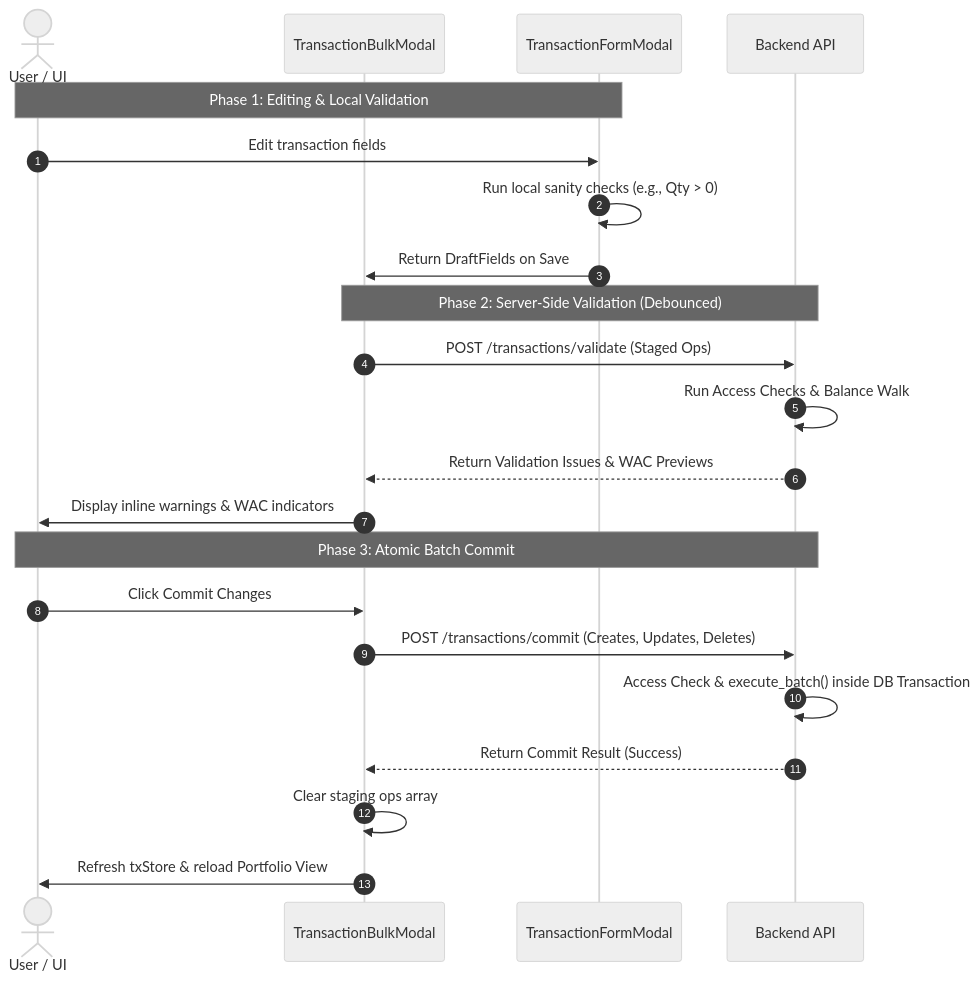
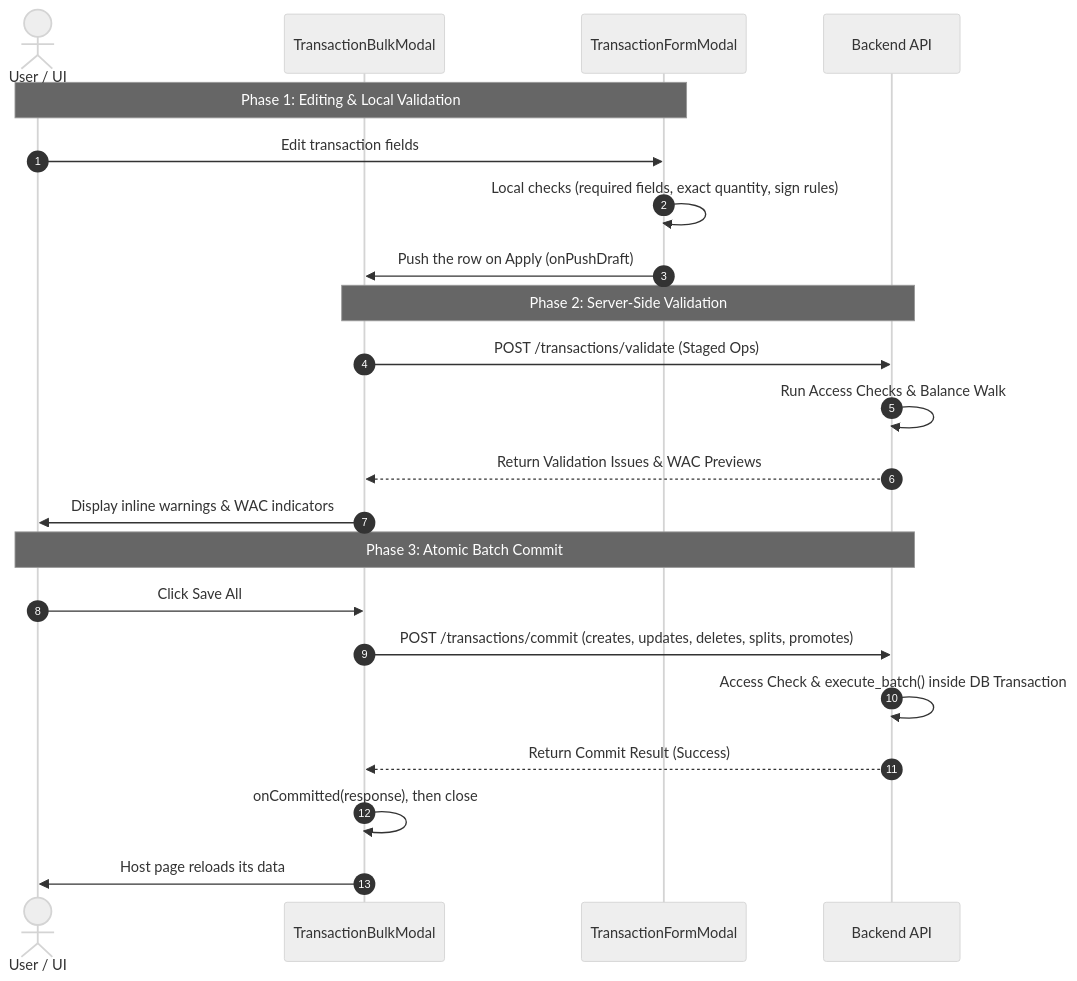
The second of 2 diagrams in mkdocs_src/docs/developer/frontend/state/transaction-draft.md (Librefolio/LibreFolio), drawn with Mermaid (neutral theme) before and after one commit. The commit also changed other lines of this file and 48 other files, not shown here.

````diff
--- a/mkdocs_src/docs/developer/frontend/state/transaction-draft.md
+++ b/mkdocs_src/docs/developer/frontend/state/transaction-draft.md
@@ -115,30 +123,30 @@
 ```mermaid
 sequenceDiagram
     autonumber
     actor User as User / UI
     participant BulkModal as TransactionBulkModal
     participant FormModal as TransactionFormModal
     participant Backend as Backend API
 
     %% Phase 1: Local & Staging Validation
     Note over User, FormModal: Phase 1: Editing & Local Validation
     User->>FormModal: Edit transaction fields
-    FormModal->>FormModal: Run local sanity checks (e.g., Qty > 0)
-    FormModal->>BulkModal: Return DraftFields on Save
+    FormModal->>FormModal: Local checks (required fields, exact quantity, sign rules)
+    FormModal->>BulkModal: Push the row on Apply (onPushDraft)
 
     %% Phase 2: Server-Side Validation
-    Note over BulkModal, Backend: Phase 2: Server-Side Validation (Debounced)
+    Note over BulkModal, Backend: Phase 2: Server-Side Validation
     BulkModal->>Backend: POST /transactions/validate (Staged Ops)
     Backend->>Backend: Run Access Checks & Balance Walk
     Backend-->>BulkModal: Return Validation Issues & WAC Previews
     BulkModal->>User: Display inline warnings & WAC indicators
 
     %% Phase 3: Commit Batch
     Note over User, Backend: Phase 3: Atomic Batch Commit
-    User->>BulkModal: Click Commit Changes
-    BulkModal->>Backend: POST /transactions/commit (Creates, Updates, Deletes)
+    User->>BulkModal: Click Save All
+    BulkModal->>Backend: POST /transactions/commit (creates, updates, deletes, splits, promotes)
     Backend->>Backend: Access Check & execute_batch() inside DB Transaction
     Backend-->>BulkModal: Return Commit Result (Success)
-    BulkModal->>BulkModal: Clear staging ops array
-    BulkModal->>User: Refresh txStore & reload Portfolio View
+    BulkModal->>BulkModal: onCommitted(response), then close
+    BulkModal->>User: Host page reloads its data
 ```
````
